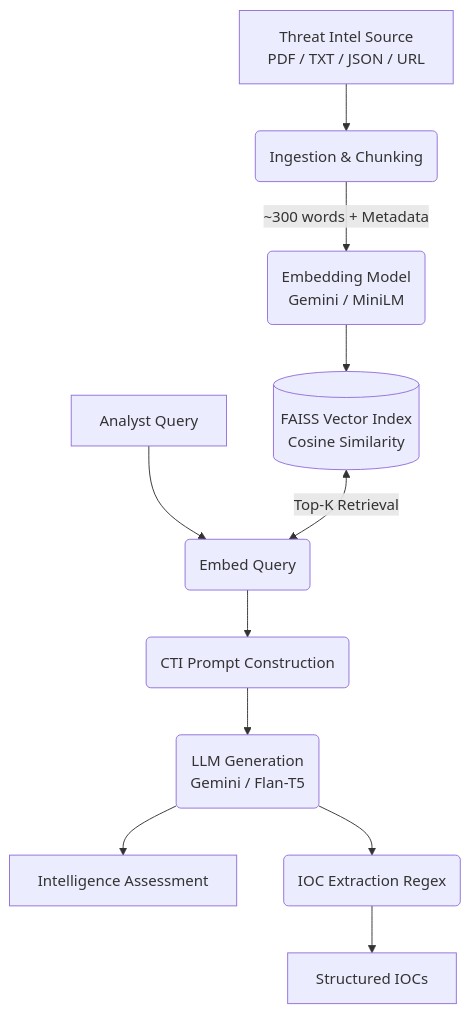
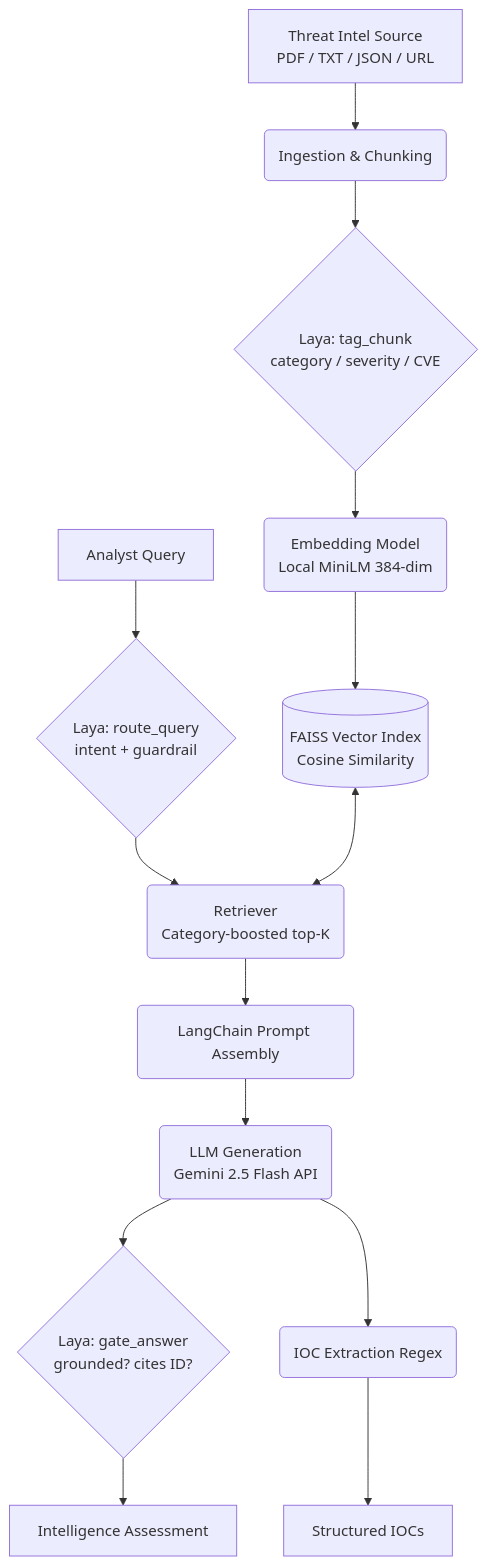
The diagram in README.md (Aaarya2117/CTI-RAG), drawn with Mermaid before and after one commit. The commit also changed other lines of this file and 23 other files, not shown here.

First line of the commit message:
feat: migrate CTI-RAG to LangChain LCEL, Laya typed decisions, and Gemini API

````diff
--- a/README.md
+++ b/README.md
@@ -44,16 +40,19 @@
 ```mermaid
 graph TD
     A[Threat Intel Source<br/>PDF / TXT / JSON / URL] --> B(Ingestion & Chunking)
-    B -->|~300 words + Metadata| C(Embedding Model<br/>Gemini / MiniLM)
+    B --> B2{Laya: tag_chunk<br/>category / severity / CVE}
+    B2 --> C(Embedding Model<br/>Local MiniLM 384-dim)
     C --> D[(FAISS Vector Index<br/>Cosine Similarity)]
     
-    E[Analyst Query] --> F(Embed Query)
-    D <-->|Top-K Retrieval| F
+    E[Analyst Query] --> E2{Laya: route_query<br/>intent + guardrail}
+    E2 --> F(Retriever<br/>Category-boosted top-K)
+    D <--> F
     
-    F --> G(CTI Prompt Construction)
-    G --> H(LLM Generation<br/>Gemini / Flan-T5)
+    F --> G(LangChain Prompt Assembly)
+    G --> H(LLM Generation<br/>Gemini 2.5 Flash API)
     
-    H --> I[Intelligence Assessment]
-    H --> J(IOC Extraction Regex)
-    J --> K[Structured IOCs]
+    H --> I{Laya: gate_answer<br/>grounded? cites ID?}
+    I --> J[Intelligence Assessment]
+    H --> K(IOC Extraction Regex)
+    K --> L[Structured IOCs]
 ```
````
